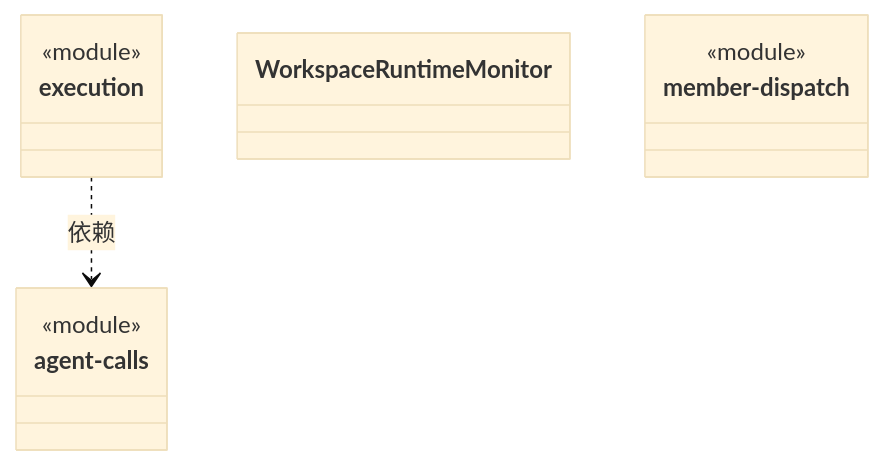
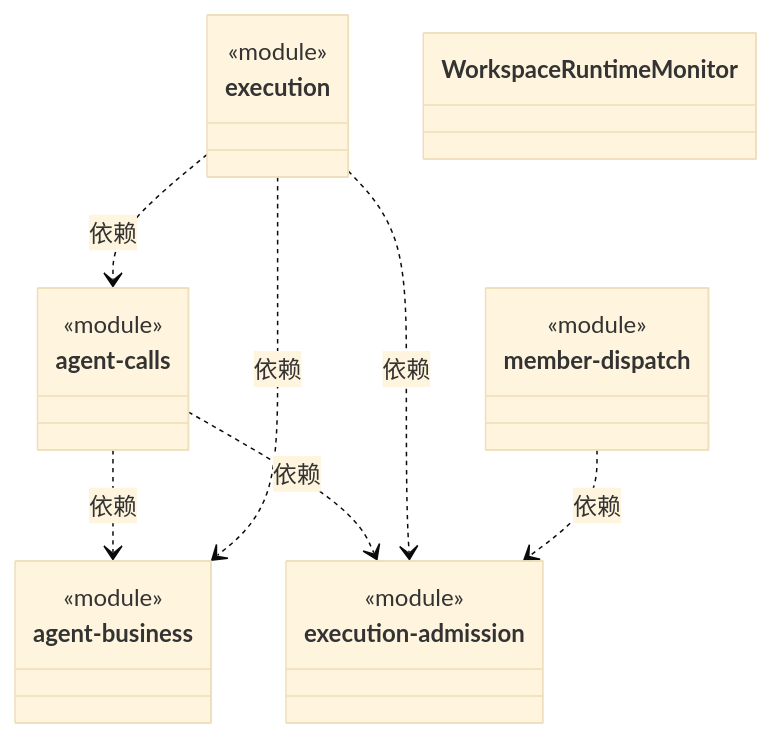
The diagram in src/logic/application/assembly/ARCHITECTURE.md (nan023062/cbim), drawn with Mermaid (base theme) before and after one commit. The commit also changed other lines of this file and 136 other files, not shown here.

````diff
--- a/src/logic/application/assembly/ARCHITECTURE.md
+++ b/src/logic/application/assembly/ARCHITECTURE.md
@@ -22,18 +26,31 @@
 ```mermaid
 classDiagram
 class N_d1e4a96d6524["agent-calls"] {
   <<module>>
 }
 click N_d1e4a96d6524 href "agent-calls.ts"
+class N_c30cea95ebc5["agent-business"] {
+  <<module>>
+}
+click N_c30cea95ebc5 href "agent-business.ts"
+class N_4761a4501b8c["execution-admission"] {
+  <<module>>
+}
+click N_4761a4501b8c href "execution-admission.ts"
 class N_2a71e6b94b76["execution"] {
   <<module>>
 }
 click N_2a71e6b94b76 href "execution.ts"
-class N_25494a3d0413["WorkspaceRuntimeMonitor"]
-click N_25494a3d0413 href "runtime-monitor.ts"
 class N_fb8349dfe38d["member-dispatch"] {
   <<module>>
 }
 click N_fb8349dfe38d href "member-dispatch.ts"
+class N_25494a3d0413["WorkspaceRuntimeMonitor"]
+click N_25494a3d0413 href "runtime-monitor.ts"
+N_d1e4a96d6524 ..> N_c30cea95ebc5 : 依赖
+N_d1e4a96d6524 ..> N_4761a4501b8c : 依赖
 N_2a71e6b94b76 ..> N_d1e4a96d6524 : 依赖
+N_2a71e6b94b76 ..> N_c30cea95ebc5 : 依赖
+N_2a71e6b94b76 ..> N_4761a4501b8c : 依赖
+N_fb8349dfe38d ..> N_4761a4501b8c : 依赖
 ```
````
